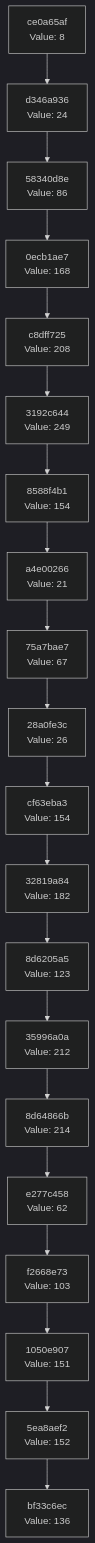
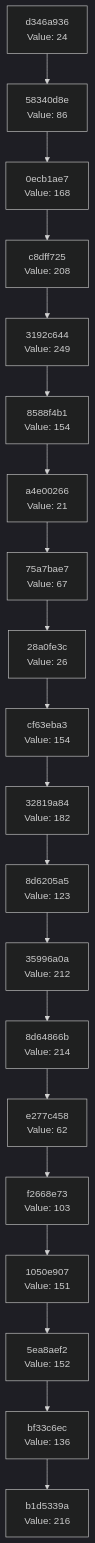
One commit to Abhisheksinha1506/hash-chain-evolver changed the diagram in docs/CHAIN_VISUALIZATION.md. Above: the diagram before and after it, drawn with Mermaid (dark theme). The commit also changed 2 other files, not shown here.

Commit message:
Evolution step: hash 0xD8 → action executed

````diff
--- a/docs/CHAIN_VISUALIZATION.md
+++ b/docs/CHAIN_VISUALIZATION.md
@@ -3,42 +3,42 @@
 ```mermaid
 graph TD
-    C0["bf33c6ec<br/>Value: 136"]
-    C1["5ea8aef2<br/>Value: 152"]
+    C0["b1d5339a<br/>Value: 216"]
+    C1["bf33c6ec<br/>Value: 136"]
     C1 --> C0
-    C2["1050e907<br/>Value: 151"]
+    C2["5ea8aef2<br/>Value: 152"]
     C2 --> C1
-    C3["f2668e73<br/>Value: 103"]
+    C3["1050e907<br/>Value: 151"]
     C3 --> C2
-    C4["e277c458<br/>Value: 62"]
+    C4["f2668e73<br/>Value: 103"]
     C4 --> C3
-    C5["8d64866b<br/>Value: 214"]
+    C5["e277c458<br/>Value: 62"]
     C5 --> C4
-    C6["35996a0a<br/>Value: 212"]
+    C6["8d64866b<br/>Value: 214"]
     C6 --> C5
-    C7["8d6205a5<br/>Value: 123"]
+    C7["35996a0a<br/>Value: 212"]
     C7 --> C6
-    C8["32819a84<br/>Value: 182"]
+    C8["8d6205a5<br/>Value: 123"]
     C8 --> C7
-    C9["cf63eba3<br/>Value: 154"]
+    C9["32819a84<br/>Value: 182"]
     C9 --> C8
-    C10["28a0fe3c<br/>Value: 26"]
+    C10["cf63eba3<br/>Value: 154"]
     C10 --> C9
-    C11["75a7bae7<br/>Value: 67"]
+    C11["28a0fe3c<br/>Value: 26"]
     C11 --> C10
-    C12["a4e00266<br/>Value: 21"]
+    C12["75a7bae7<br/>Value: 67"]
     C12 --> C11
-    C13["8588f4b1<br/>Value: 154"]
+    C13["a4e00266<br/>Value: 21"]
     C13 --> C12
-    C14["3192c644<br/>Value: 249"]
+    C14["8588f4b1<br/>Value: 154"]
     C14 --> C13
-    C15["c8dff725<br/>Value: 208"]
+    C15["3192c644<br/>Value: 249"]
     C15 --> C14
-    C16["0ecb1ae7<br/>Value: 168"]
+    C16["c8dff725<br/>Value: 208"]
     C16 --> C15
-    C17["58340d8e<br/>Value: 86"]
+    C17["0ecb1ae7<br/>Value: 168"]
     C17 --> C16
-    C18["d346a936<br/>Value: 24"]
+    C18["58340d8e<br/>Value: 86"]
     C18 --> C17
-    C19["ce0a65af<br/>Value: 8"]
+    C19["d346a936<br/>Value: 24"]
     C19 --> C18
 ```
````
